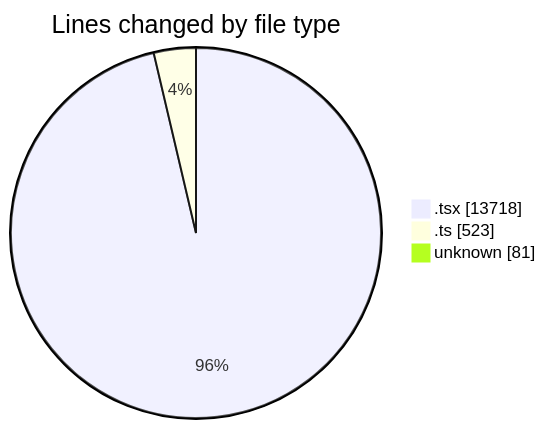
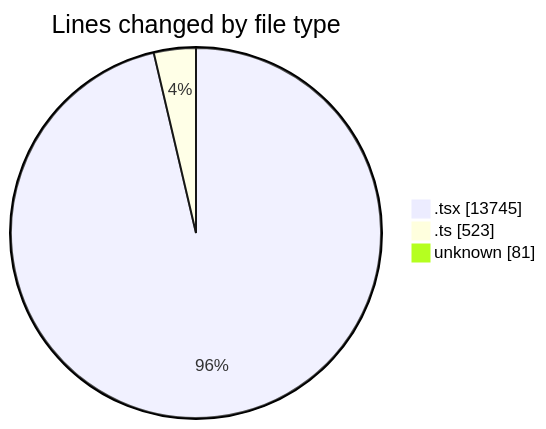
One commit to nxtqubesakshisongat/code-tracking changed the first of 2 diagrams in 2026-04-05/nxtqube_webapp/README.md. Above: the diagram before and after it, drawn with Mermaid. The commit also changed other lines of this file and 1 other file, not shown here.

````diff
--- a/2026-04-05/nxtqube_webapp/README.md
+++ b/2026-04-05/nxtqube_webapp/README.md
@@ -27,7 +27,7 @@
 ```mermaid
 pie showData
 title Lines changed by file type
-".tsx" : 13718
+".tsx" : 13745
 ".ts" : 523
 "unknown" : 81
 ```
````
